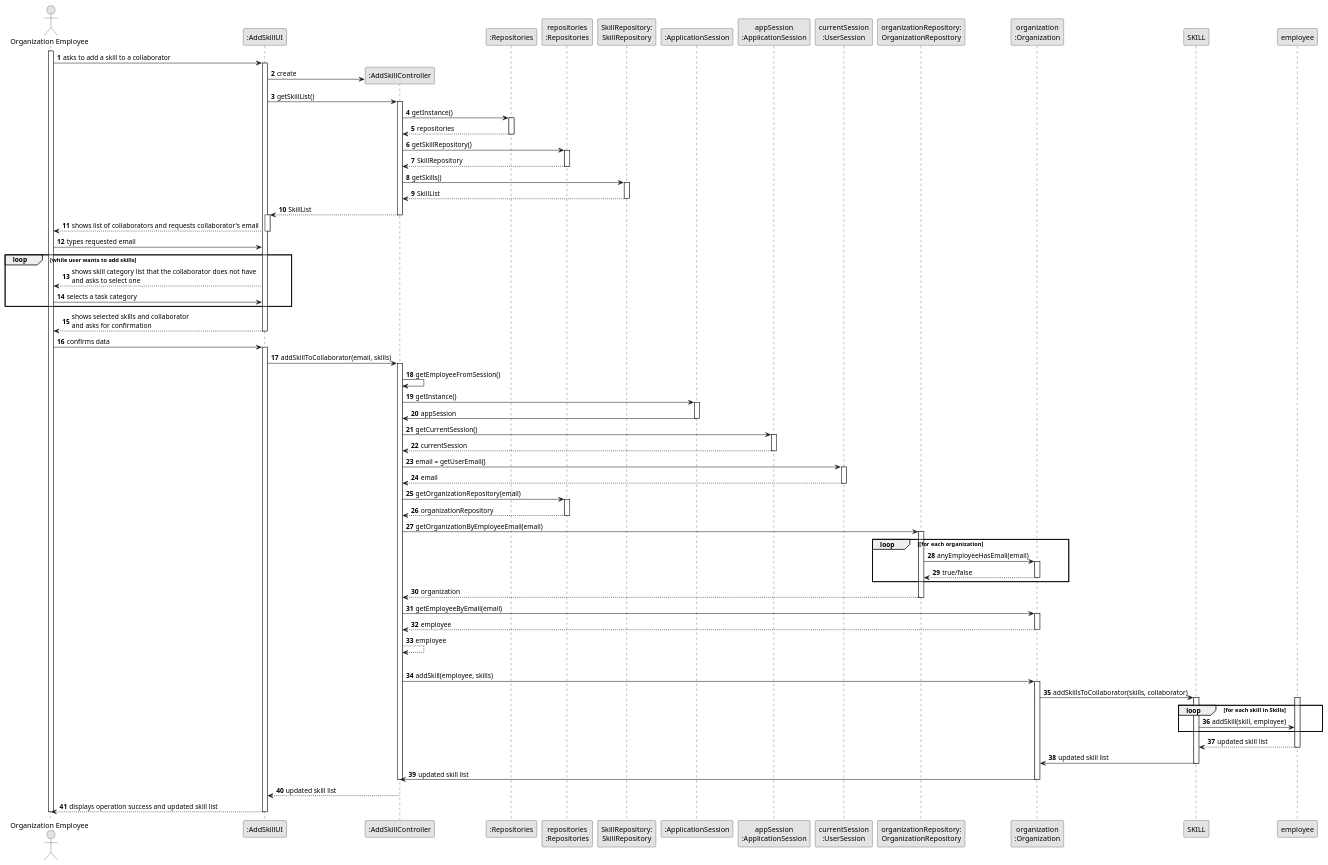
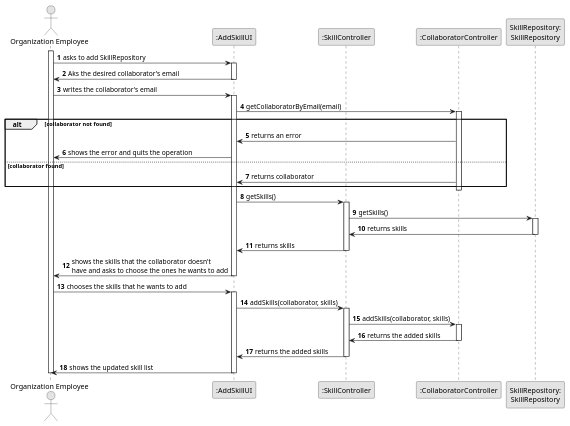
One commit to RicardoMorim/lapr2-ISEP-Project changed the diagram in docs/sprintB/us004/03.design/puml/us004-sequence-diagram-full.puml. Above: the diagram before and after it, drawn with PlantUML. The commit also changed 14 other files, not shown here.

```diff
--- a/docs/sprintB/us004/03.design/puml/us004-sequence-diagram-full.puml
+++ b/docs/sprintB/us004/03.design/puml/us004-sequence-diagram-full.puml
@@ -1,163 +1,61 @@
 @startuml
 skinparam monochrome true
 skinparam packageStyle rectangle
 skinparam shadowing false
 
 autonumber
 
 'hide footbox
 actor "Organization Employee" as ADM
 participant ":AddSkillUI" as UI
-participant ":AddSkillController" as CTRL
-participant ":Repositories" as RepositorySingleton
-participant "repositories\n:Repositories" as PLAT
+participant ":SkillController" as SkillCTRL
+participant ":CollaboratorController" as CollaboratorCTRL
 participant "SkillRepository:\nSkillRepository" as SkillRepository
-participant ":ApplicationSession" as _APP
-participant "appSession\n:ApplicationSession" as APP
-participant "currentSession\n:UserSession" as SESSAO
-participant "organizationRepository:\nOrganizationRepository" as OrganizationRepository
-participant "organization\n:Organization" as ORG
 
 
 activate ADM
-
-        ADM -> UI : asks to add a skill to a collaborator
-
-        activate UI
-
-'            UI --> ADM : requests data (reference, description,  informal \n description, technical description, duration, cost)
-            'create CTRL
-            UI -> CTRL** : create
-
-            UI -> CTRL : getSkillList()
-            activate CTRL
-
-            CTRL -> RepositorySingleton : getInstance()
-            activate RepositorySingleton
-
-                RepositorySingleton --> CTRL: repositories
-                deactivate RepositorySingleton
-
-                CTRL -> PLAT : getSkillRepository()
-                activate PLAT
-
-                    PLAT --> CTRL: SkillRepository
-                deactivate PLAT
-
-                CTRL -> SkillRepository : getSkills()
-                activate SkillRepository
-
-                    SkillRepository --> CTRL : SkillList
-                deactivate SkillRepository
-                CTRL --> UI : SkillList
-            deactivate CTRL
+    ADM -> UI : asks to add SkillRepository
+    activate UI
+        UI -> ADM: Aks the desired collaborator's email
+    deactivate UI
+    ADM -> UI : writes the collaborator's email
 
     activate UI
 
-        UI --> ADM : shows list of collaborators and requests collaborator's email
+        UI -> CollaboratorCTRL: getCollaboratorByEmail(email)
+        activate CollaboratorCTRL
+            alt collaborator not found
+                CollaboratorCTRL -> UI: returns an error
+                UI -> ADM: shows the error and quits the operation
+            else collaborator found
+                CollaboratorCTRL -> UI: returns collaborator
+            end
+        deactivate CollaboratorCTRL
+        UI -> SkillCTRL: getSkills()
+        activate SkillCTRL
+            SkillCTRL -> SkillRepository: getSkills()
+            activate SkillRepository
+                SkillRepository -> SkillCTRL: returns skills
+            deactivate SkillRepository
+
+            SkillCTRL -> UI: returns skills
+            deactivate SkillCTRL
+
+        UI -> ADM: shows the skills that the collaborator doesn't \nhave and asks to choose the ones he wants to add
     deactivate UI
-
-    ADM -> UI : types requested email
-
-    loop while user wants to add skills
-        UI --> ADM : shows skill category list that the collaborator does not have\nand asks to select one
-        ADM -> UI : selects a task category
-    end loop
+    ADM -> UI: chooses the skills that he wants to add
 
     activate UI
-
-        UI --> ADM : shows selected skills and collaborator\nand asks for confirmation
+        UI -> SkillCTRL: addSkills(collaborator, skills)
+        activate SkillCTRL
+            SkillCTRL -> CollaboratorCTRL: addSkills(collaborator, skills)
+            activate CollaboratorCTRL
+                CollaboratorCTRL -> SkillCTRL: returns the added skills
+            deactivate CollaboratorCTRL
+            SkillCTRL -> UI: returns the added skills
+            deactivate SkillCTRL
+        UI -> ADM: shows the updated skill list
     deactivate UI
-
-    ADM -> UI : confirms data
-    activate UI
-
-        UI -> CTRL : addSkillToCollaborator(email, skills)
-        activate CTRL
-
-            CTRL -> CTRL : getEmployeeFromSession()
-
-                CTRL -> _APP: getInstance()
-                activate _APP
-                    _APP -> CTRL: appSession
-                deactivate _APP
-
-
-                CTRL -> APP: getCurrentSession()
-                activate APP
-
-                    APP --> CTRL: currentSession
-                deactivate APP
-
-                CTRL -> SESSAO: email = getUserEmail()
-                activate SESSAO
-
-                    SESSAO --> CTRL: email
-                deactivate SESSAO
-
-
-                CTRL -> PLAT: getOrganizationRepository(email)
-                activate PLAT
-
-                    PLAT --> CTRL: organizationRepository
-                deactivate PLAT
-
-
-                CTRL -> OrganizationRepository: getOrganizationByEmployeeEmail(email)
-                activate OrganizationRepository
-
-                    loop [for each organization
-                        OrganizationRepository -> ORG : anyEmployeeHasEmail(email)
-                        activate ORG
-
-                             ORG --> OrganizationRepository : true/false
-                        deactivate ORG
-                    end
-                    OrganizationRepository --> CTRL : organization
-                deactivate OrganizationRepository
-
-                CTRL -> ORG: getEmployeeByEmail(email)
-                activate ORG
-
-                    ORG --> CTRL : employee
-                deactivate ORG
-
-                CTRL --> CTRL : employee
-
-            |||
-            CTRL -> ORG: addSkill(employee, skills)
-            activate ORG
-
-                ORG -> SKILL: addSkillsToCollaborator(skills, collaborator)
-
-                activate SKILL
-                    activate employee
-                    loop for each skill in Skills
-                        SKILL -> employee: addSkill(skill, employee)
-                    end
-
-                    employee --> SKILL: updated skill list
-                    deactivate employee
-
-                SKILL -> ORG: updated skill list
-                deactivate SKILL
-
-                ORG -> CTRL: updated skill list
-
-            deactivate CTRL
-
-
-
-        deactivate employee
-        deactivate SKILL
-
-            deactivate ORG
-
-            CTRL --> UI: updated skill list
-            deactivate CTRL
-            UI --> ADM: displays operation success and updated skill list
-    deactivate UI
-
 deactivate ADM
 
 @enduml
```
